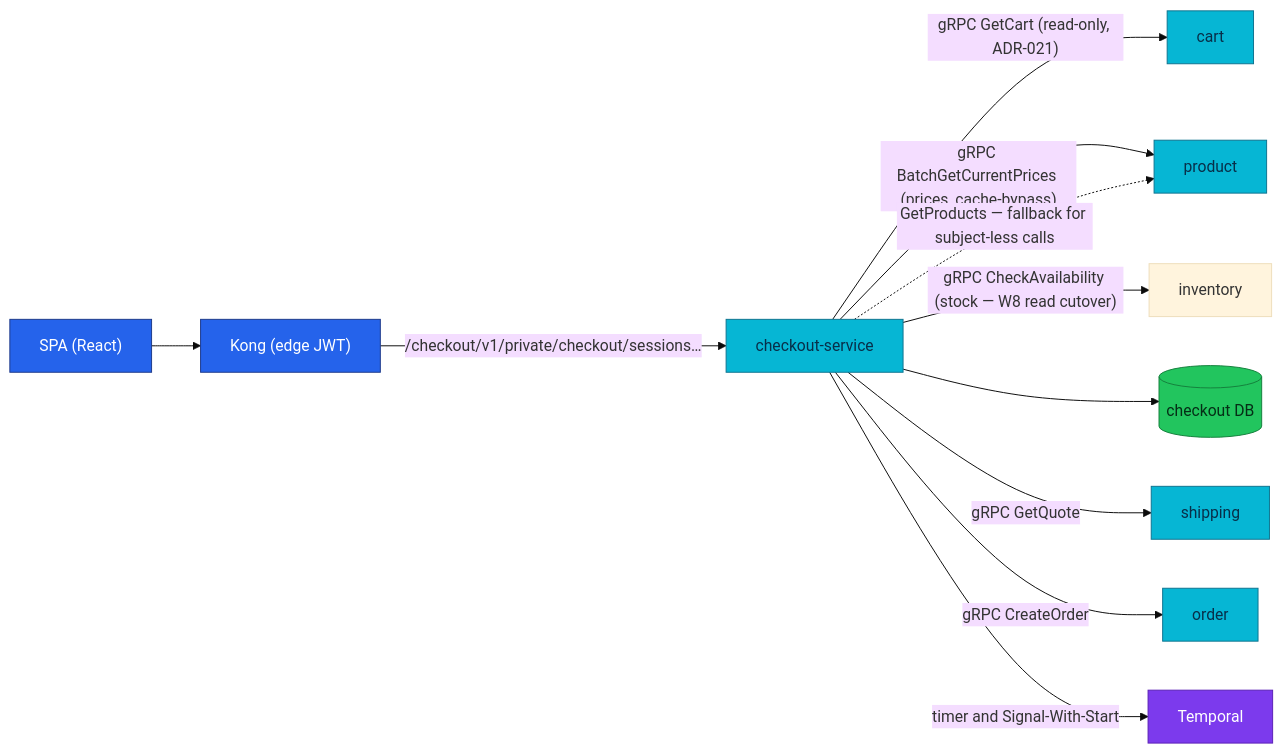
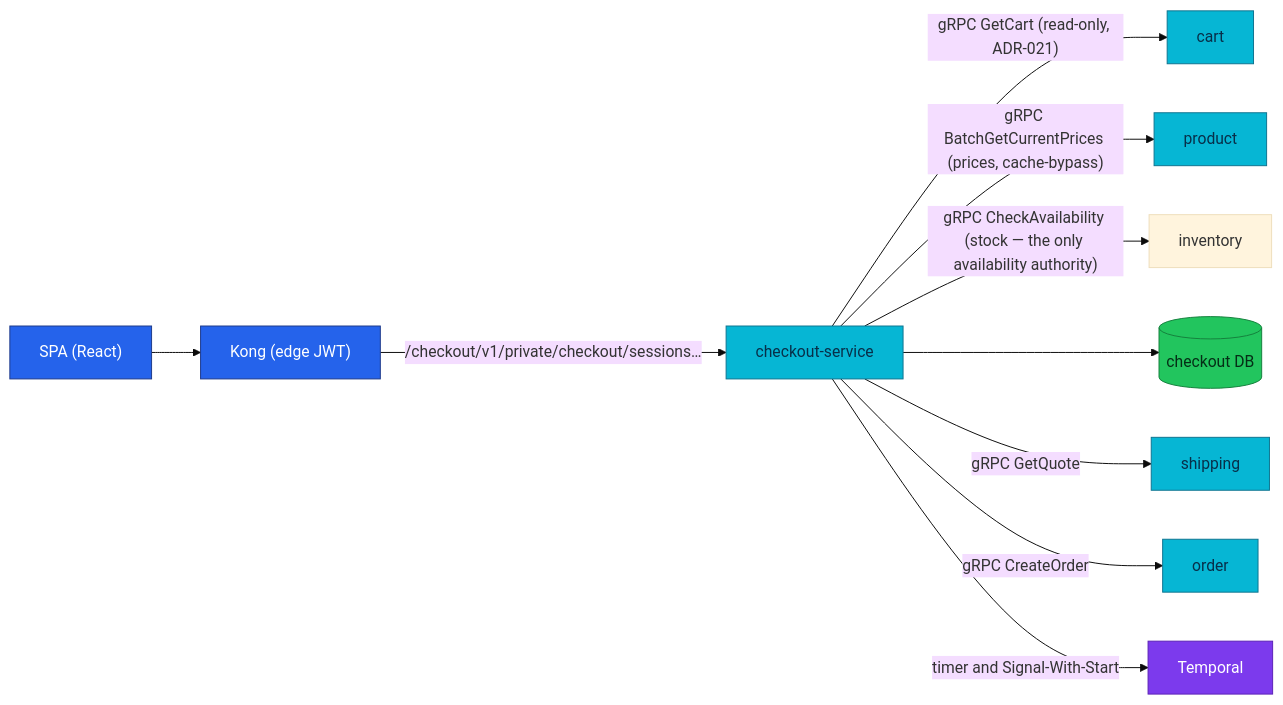
One commit to duynhlab/homelab changed the first of 2 diagrams in docs/api/checkout.md. Above: the diagram before and after it, drawn with Mermaid (base theme). The commit also changed other lines of this file and 6 other files, not shown here.

````diff
--- a/docs/api/checkout.md
+++ b/docs/api/checkout.md
@@ -58,22 +58,21 @@
 ```mermaid
 flowchart LR
     SPA["SPA (React)"] --> Kong["Kong (edge JWT)"]
     Kong -->|"/checkout/v1/private/checkout/sessions…"| CK["checkout-service"]
     CK -->|"gRPC GetCart (read-only, ADR-021)"| CART[cart]
     CK -->|"gRPC BatchGetCurrentPrices (prices, cache-bypass)"| PROD[product]
-    CK -->|"gRPC CheckAvailability (stock — W8 read cutover)"| INV[inventory]
-    CK -.->|"GetProducts — fallback for subject-less calls"| PROD
+    CK -->|"gRPC CheckAvailability (stock — the only availability authority)"| INV[inventory]
     CK --> DB[(checkout DB)]
     CK -->|"gRPC GetQuote"| SHIP[shipping]
     CK -->|"gRPC CreateOrder"| ORD[order]
     CK -->|"timer and Signal-With-Start"| TMP[Temporal]
 
     classDef edge fill:#2563eb,color:#fff,stroke:#1e3a8a;
     classDef service fill:#06b6d4,color:#082f49,stroke:#0e7490;
     classDef platform fill:#7c3aed,color:#fff,stroke:#5b21b6;
     classDef data fill:#22c55e,color:#052e16,stroke:#15803d;
     class SPA,Kong edge;
     class CK,CART,PROD,SHIP,ORD service;
     class TMP platform;
     class DB data;
 ```
````
